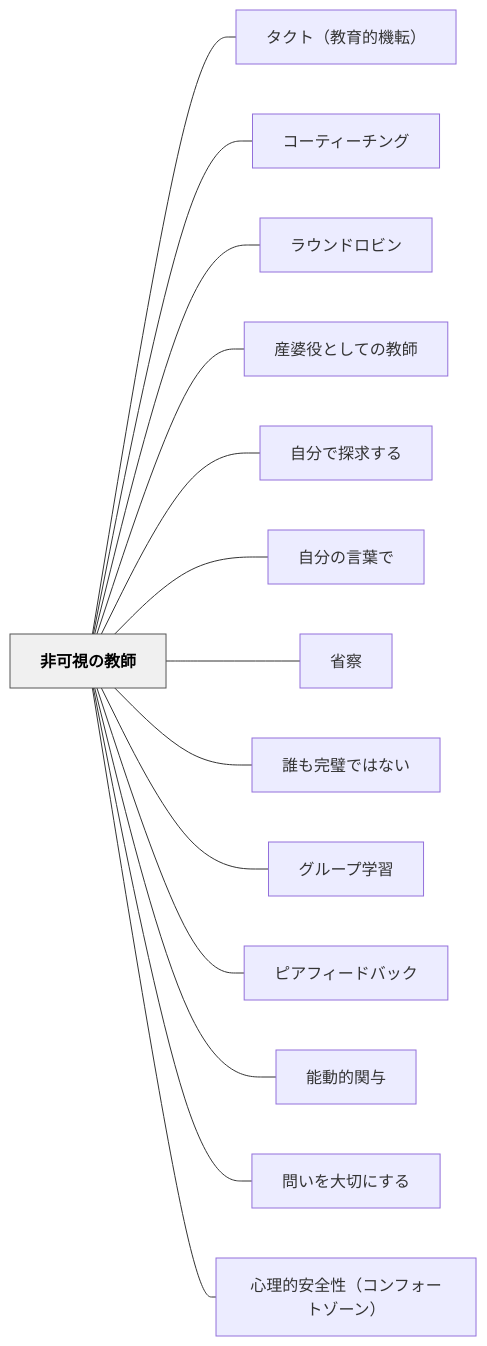
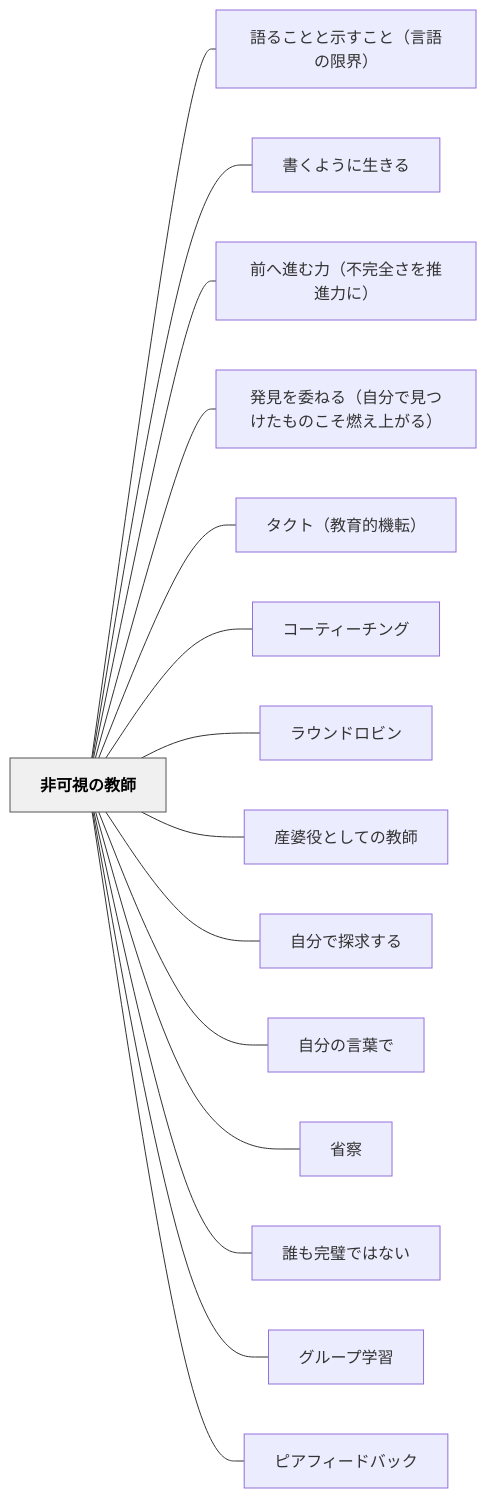
The diagram in content/パタン/非可視の教師.md (unknownthings-ed-patterns/unknownthings-ed-patterns), drawn with Mermaid before and after one commit. The commit also changed other lines of this file and 185 other files, not shown here.

````diff
--- a/content/パタン/非可視の教師.md
+++ b/content/パタン/非可視の教師.md
@@ -100,34 +104,36 @@
 ```mermaid
 flowchart LR
     ne99d9ee58fafe8a696e381aee69599e5b8ab["非可視の教師"]
+    ne8aa9ee3828be38193e381a8e381a8e7a4bae38199e38193e381a8efbc88e8a880e8aa9ee381aee99990e7958cefbc89["語ることと示すこと（言語の限界）"]
+    ne69bb8e3818fe38288e38186e381abe7949fe3818de3828b["書くように生きる"]
+    ne5898de381b8e980b2e38280e58a9befbc88e4b88de5ae8ce585a8e38195e38292e68ea8e980b2e58a9be381abefbc89["前へ進む力（不完全さを推進力に）"]
+    ne799bae8a68be38292e5a794e381ade3828befbc88e887aae58886e381a7e8a68be381a4e38191e3819fe38282e381aee38193e3819de78783e38188e4b88ae3818ce3828befbc89["発見を委ねる（自分で見つけたものこそ燃え上がる）"]
     ne382bfe382afe38388efbc88e69599e882b2e79a84e6a99fe8bba2efbc89["タクト（教育的機転）"]
     ne382b3e383bce38386e382a3e383bce38381e383b3e382b0["コーティーチング"]
     ne383a9e382a6e383b3e38389e383ade38393e383b3["ラウンドロビン"]
     ne794a3e5a986e5bdb9e381a8e38197e381a6e381aee69599e5b8ab["産婆役としての教師"]
     ne887aae58886e381a7e68ea2e6b182e38199e3828b["自分で探求する"]
     ne887aae58886e381aee8a880e89189e381a7["自分の言葉で"]
     ne79c81e5af9f["省察"]
     ne8aab0e38282e5ae8ce792a7e381a7e381afe381aae38184["誰も完璧ではない"]
     ne382b0e383abe383bce38397e5ada6e7bf92["グループ学習"]
     ne38394e382a2e38395e382a3e383bce38389e38390e38383e382af["ピアフィードバック"]
-    ne883bde58b95e79a84e996a2e4b88e["能動的関与"]
-    ne5958fe38184e38292e5a4a7e58887e381abe38199e3828b["問いを大切にする"]
-    ne5bf83e79086e79a84e5ae89e585a8e680a7efbc88e382b3e383b3e38395e382a9e383bce38388e382bee383bce383b3efbc89["心理的安全性（コンフォートゾーン）"]
 
+    ne99d9ee58fafe8a696e381aee69599e5b8ab --- ne8aa9ee3828be38193e381a8e381a8e7a4bae38199e38193e381a8efbc88e8a880e8aa9ee381aee99990e7958cefbc89
+    ne99d9ee58fafe8a696e381aee69599e5b8ab --- ne69bb8e3818fe38288e38186e381abe7949fe3818de3828b
+    ne99d9ee58fafe8a696e381aee69599e5b8ab --- ne5898de381b8e980b2e38280e58a9befbc88e4b88de5ae8ce585a8e38195e38292e68ea8e980b2e58a9be381abefbc89
+    ne99d9ee58fafe8a696e381aee69599e5b8ab --- ne799bae8a68be38292e5a794e381ade3828befbc88e887aae58886e381a7e8a68be381a4e38191e3819fe38282e381aee38193e3819de78783e38188e4b88ae3818ce3828befbc89
     ne99d9ee58fafe8a696e381aee69599e5b8ab --- ne382bfe382afe38388efbc88e69599e882b2e79a84e6a99fe8bba2efbc89
     ne99d9ee58fafe8a696e381aee69599e5b8ab --- ne382b3e383bce38386e382a3e383bce38381e383b3e382b0
     ne99d9ee58fafe8a696e381aee69599e5b8ab --- ne383a9e382a6e383b3e38389e383ade38393e383b3
     ne99d9ee58fafe8a696e381aee69599e5b8ab --- ne794a3e5a986e5bdb9e381a8e38197e381a6e381aee69599e5b8ab
     ne99d9ee58fafe8a696e381aee69599e5b8ab --- ne887aae58886e381a7e68ea2e6b182e38199e3828b
     ne99d9ee58fafe8a696e381aee69599e5b8ab --- ne887aae58886e381aee8a880e89189e381a7
     ne99d9ee58fafe8a696e381aee69599e5b8ab --- ne79c81e5af9f
     ne99d9ee58fafe8a696e381aee69599e5b8ab --- ne8aab0e38282e5ae8ce792a7e381a7e381afe381aae38184
     ne99d9ee58fafe8a696e381aee69599e5b8ab --- ne382b0e383abe383bce38397e5ada6e7bf92
     ne99d9ee58fafe8a696e381aee69599e5b8ab --- ne38394e382a2e38395e382a3e383bce38389e38390e38383e382af
-    ne99d9ee58fafe8a696e381aee69599e5b8ab --- ne883bde58b95e79a84e996a2e4b88e
-    ne99d9ee58fafe8a696e381aee69599e5b8ab --- ne5958fe38184e38292e5a4a7e58887e381abe38199e3828b
-    ne99d9ee58fafe8a696e381aee69599e5b8ab --- ne5bf83e79086e79a84e5ae89e585a8e680a7efbc88e382b3e383b3e38395e382a9e383bce38388e382bee383bce383b3efbc89
 
     classDef hub fill:#f0f0f0,stroke:#555,color:#000,font-weight:bold
     class ne99d9ee58fafe8a696e381aee69599e5b8ab hub
 ```
````
